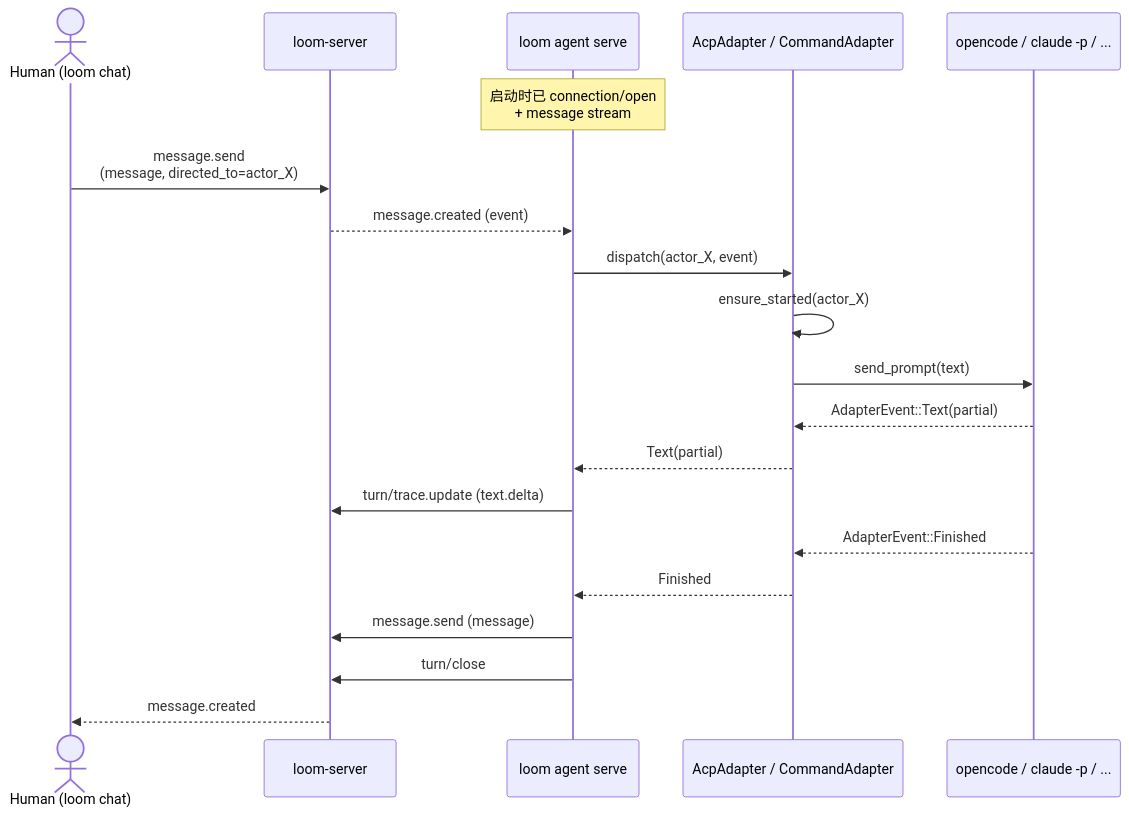
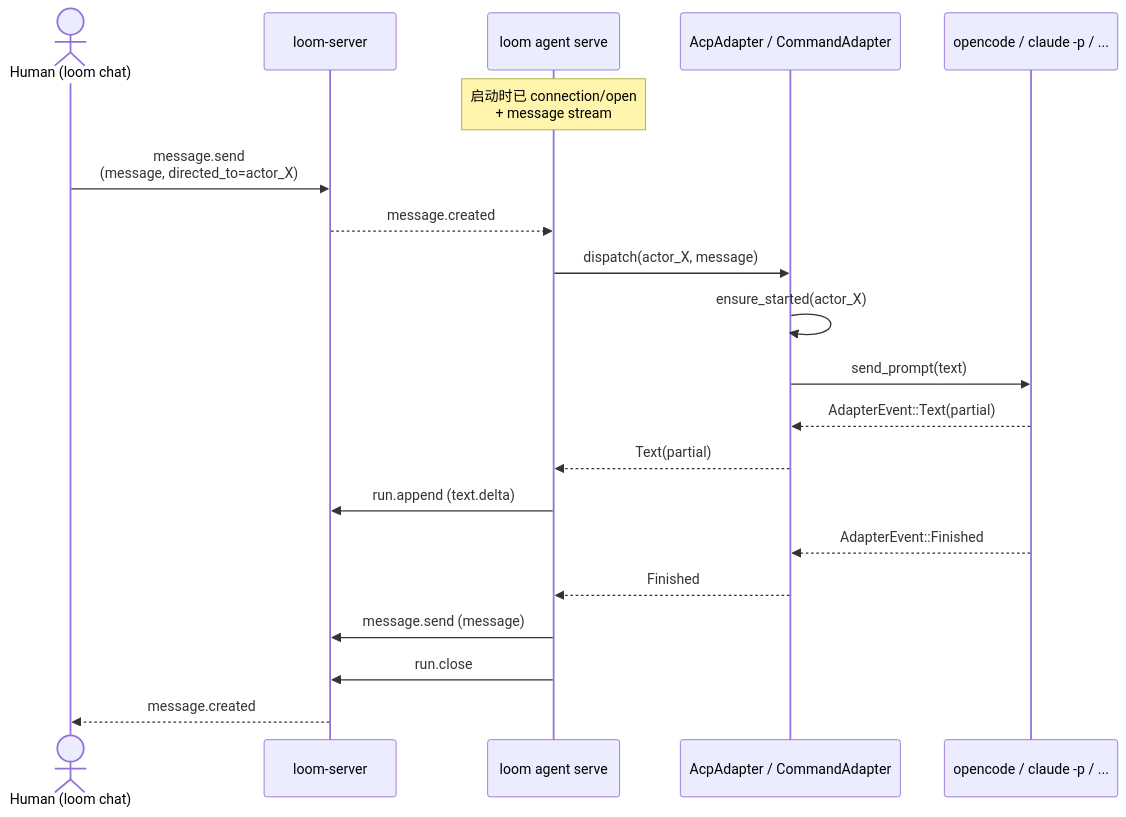
The second of 6 diagrams in docs/architecture-v1-agent-client.md (wyw-ai/loom), drawn with Mermaid before and after one commit. The commit also changed other lines of this file and 63 other files, not shown here.

````diff
--- a/docs/architecture-v1-agent-client.md
+++ b/docs/architecture-v1-agent-client.md
@@ -105,23 +105,23 @@
 ```mermaid
 sequenceDiagram
     actor Human as Human (loom chat)
     participant Server as loom-server
     participant Client as loom agent serve
     participant Adapter as AcpAdapter / CommandAdapter
     participant Agent as opencode / claude -p / ...
 
     Note over Client: 启动时已 connection/open<br/>+ message stream
     Human->>Server: message.send<br/>(message, directed_to=actor_X)
-    Server-->>Client: message.created (event)
-    Client->>Adapter: dispatch(actor_X, event)
+    Server-->>Client: message.created
+    Client->>Adapter: dispatch(actor_X, message)
     Adapter->>Adapter: ensure_started(actor_X)
     Adapter->>Agent: send_prompt(text)
     Agent-->>Adapter: AdapterEvent::Text(partial)
     Adapter-->>Client: Text(partial)
-    Client->>Server: turn/trace.update (text.delta)
+    Client->>Server: run.append (text.delta)
     Agent-->>Adapter: AdapterEvent::Finished
     Adapter-->>Client: Finished
     Client->>Server: message.send (message)
-    Client->>Server: turn/close
+    Client->>Server: run.close
     Server-->>Human: message.created
 ```
````
